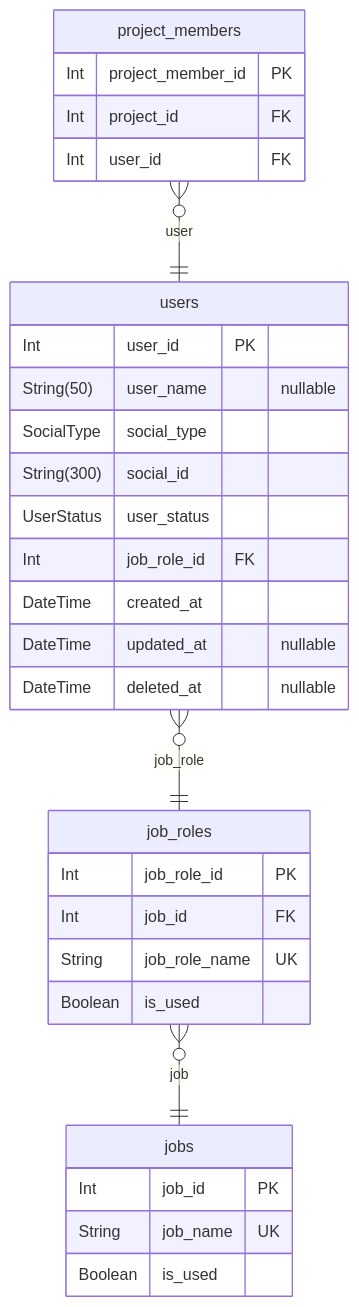
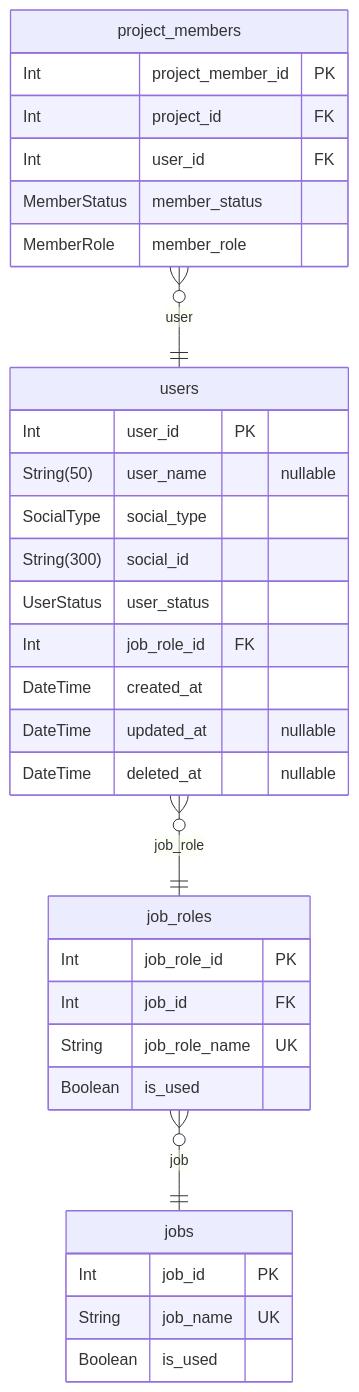
One commit to 723poil/nestjs-fastify-practice changed the third of 4 diagrams in prisma/ERD.md. Above: the diagram before and after it, drawn with Mermaid. The commit also changed other lines of this file and 6 other files, not shown here.

Commit message:
update erd

````diff
--- a/prisma/ERD.md
+++ b/prisma/ERD.md
@@ -172,33 +188,35 @@
 ```mermaid
 erDiagram
 "users" {
   Int user_id PK
   String(50) user_name "nullable"
   SocialType social_type
   String(300) social_id
   UserStatus user_status
   Int job_role_id FK
   DateTime created_at
   DateTime updated_at "nullable"
   DateTime deleted_at "nullable"
 }
 "jobs" {
   Int job_id PK
   String job_name UK
   Boolean is_used
 }
 "job_roles" {
   Int job_role_id PK
   Int job_id FK
   String job_role_name UK
   Boolean is_used
 }
 "project_members" {
   Int project_member_id PK
   Int project_id FK
   Int user_id FK
+  MemberStatus member_status
+  MemberRole member_role
 }
 "users" }o--|| "job_roles" : job_role
 "job_roles" }o--|| "jobs" : job
 "project_members" }o--|| "users" : user
 ```
````
